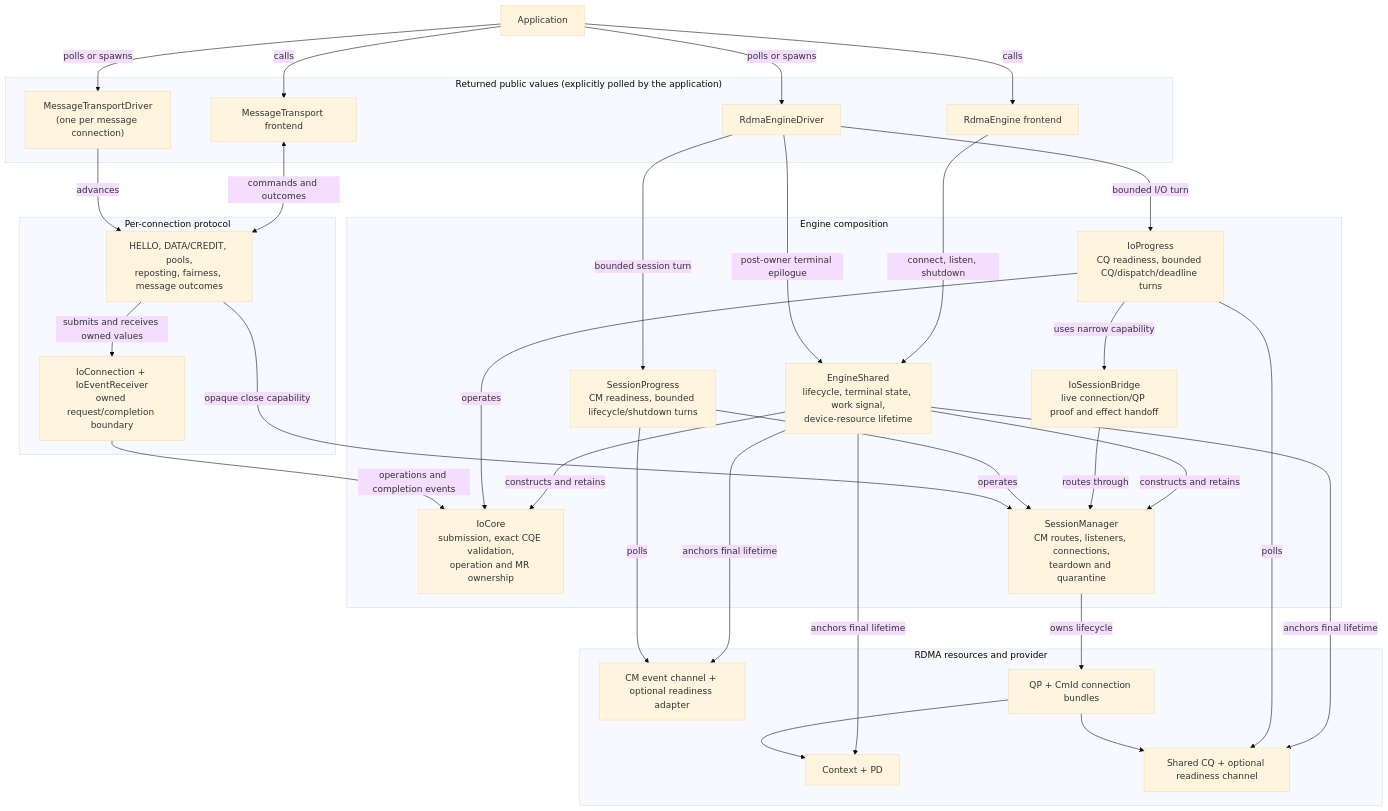
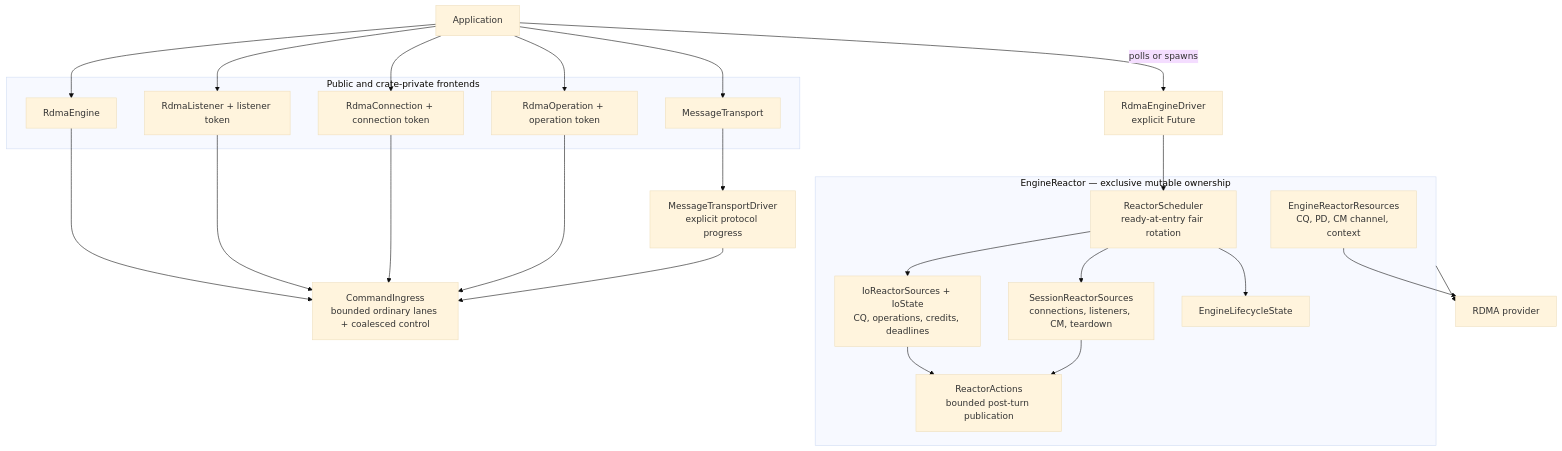
One commit to youyuanwu/rust-rdma-io changed the diagram in docs/design/v2-rdma-engine.md. Above: the diagram before and after it, drawn with Mermaid (base theme). The commit also changed other lines of this file and 59 other files, not shown here.

First line of the commit message:
[V2 Single-Owner Reactor] Simplify v2 around a single-owner reactor (#62)

````diff
--- a/docs/design/v2-rdma-engine.md
+++ b/docs/design/v2-rdma-engine.md
@@ -15,64 +19,48 @@
 ```mermaid
 flowchart TB
     App["Application"]
 
-    subgraph Public["Returned public values (explicitly polled by the application)"]
-        Engine["RdmaEngine frontend"]
-        EngineDriver["RdmaEngineDriver"]
-        Transport["MessageTransport frontend"]
-        MessageDriver["MessageTransportDriver<br/>(one per message connection)"]
+    subgraph Handles["Public and crate-private frontends"]
+        Engine["RdmaEngine"]
+        Listener["RdmaListener + listener token"]
+        Connection["RdmaConnection + connection token"]
+        Operation["RdmaOperation + operation token"]
+        Message["MessageTransport"]
     end
 
-    subgraph Composition["Engine composition"]
-        Root["EngineShared<br/>lifecycle, terminal state, work signal,<br/>device-resource lifetime"]
-        IoProgress["IoProgress<br/>CQ readiness, bounded CQ/dispatch/deadline turns"]
-        SessionProgress["SessionProgress<br/>CM readiness, bounded lifecycle/shutdown turns"]
-        IoCore["IoCore<br/>submission, exact CQE validation,<br/>operation and MR ownership"]
-        Session["SessionManager<br/>CM routes, listeners, connections,<br/>teardown and quarantine"]
-        Bridge["IoSessionBridge<br/>live connection/QP proof and effect handoff"]
+    Ingress["CommandIngress<br/>bounded ordinary lanes + coalesced control"]
+    Driver["RdmaEngineDriver<br/>explicit Future"]
+
+    subgraph Reactor["EngineReactor — exclusive mutable ownership"]
+        Scheduler["ReactorScheduler<br/>ready-at-entry fair rotation"]
+        Io["IoReactorSources + IoState<br/>CQ, operations, credits, deadlines"]
+        Session["SessionReactorSources<br/>connections, listeners, CM, teardown"]
+        Lifecycle["EngineLifecycleState"]
+        Actions["ReactorActions<br/>bounded post-turn publication"]
+        Resources["EngineReactorResources<br/>CQ, PD, CM channel, context"]
     end
 
-    subgraph Protocol["Per-connection protocol"]
-        IoBoundary["IoConnection + IoEventReceiver<br/>owned request/completion boundary"]
-        MessagePolicy["HELLO, DATA/CREDIT, pools,<br/>reposting, fairness, message outcomes"]
-    end
+    MessageDriver["MessageTransportDriver<br/>explicit protocol progress"]
+    Provider["RDMA provider"]
 
-    subgraph Hardware["RDMA resources and provider"]
-        Device["Context + PD"]
-        CQ["Shared CQ + optional readiness channel"]
-        CM["CM event channel + optional readiness adapter"]
-        Connections["QP + CmId connection bundles"]
-    end
-
-    App -->|calls| Engine
-    App -->|polls or spawns| EngineDriver
-    App -->|calls| Transport
-    App -->|polls or spawns| MessageDriver
-
-    Engine -->|connect, listen, shutdown| Root
-    EngineDriver -->|bounded I/O turn| IoProgress
-    EngineDriver -->|bounded session turn| SessionProgress
-    EngineDriver -->|post-owner terminal epilogue| Root
-
-    Root -->|constructs and retains| IoCore
-    Root -->|constructs and retains| Session
-    IoProgress -->|operates| IoCore
-    IoProgress -->|uses narrow capability| Bridge
-    Bridge -->|routes through| Session
-    SessionProgress -->|operates| Session
-
-    Transport <-->|commands and outcomes| MessagePolicy
-    MessageDriver -->|advances| MessagePolicy
-    MessagePolicy -->|submits and receives owned values| IoBoundary
-    IoBoundary -->|operations and completion events| IoCore
-    MessagePolicy -->|opaque close capability| Session
-
-    Root -->|anchors final lifetime| Device
-    Root -->|anchors final lifetime| CQ
-    Root -->|anchors final lifetime| CM
-    IoProgress -->|polls| CQ
-    SessionProgress -->|polls| CM
-    Session -->|owns lifecycle| Connections
-    Connections --> Device
-    Connections --> CQ
+    App --> Engine
+    App --> Listener
+    App --> Connection
+    App --> Operation
+    App --> Message
+    Engine --> Ingress
+    Listener --> Ingress
+    Connection --> Ingress
+    Operation --> Ingress
+    Message --> MessageDriver
+    MessageDriver --> Ingress
+    App -->|polls or spawns| Driver
+    Driver --> Scheduler
+    Scheduler --> Io
+    Scheduler --> Session
+    Scheduler --> Lifecycle
+    Io --> Actions
+    Session --> Actions
+    Reactor --> Provider
+    Resources --> Provider
 ```
````
